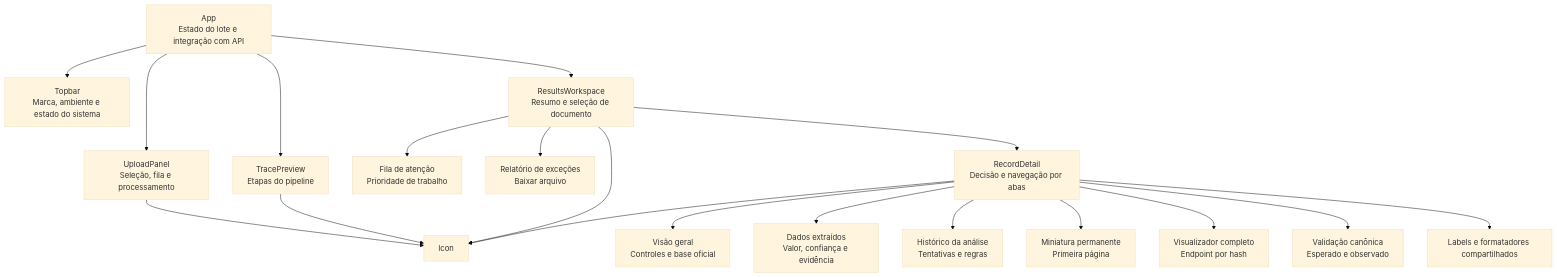
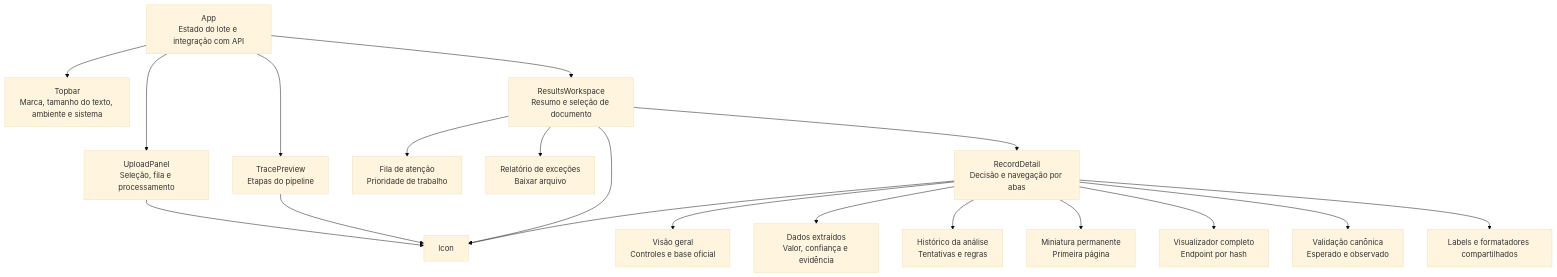
The diagram in f_docs/b_architecture/frontend-design.md (GMiraaa/fintrace), drawn with Mermaid (base theme) before and after one commit. The commit also changed other lines of this file and 33 other files, not shown here.

````diff
--- a/f_docs/b_architecture/frontend-design.md
+++ b/f_docs/b_architecture/frontend-design.md
@@ -50,22 +50,22 @@
 ```mermaid
 flowchart TD
     APP[App<br/>Estado do lote e integração com API]
-    APP --> TOP[Topbar<br/>Marca, ambiente e estado do sistema]
+    APP --> TOP[Topbar<br/>Marca, tamanho do texto, ambiente e sistema]
     APP --> UP[UploadPanel<br/>Seleção, fila e processamento]
     APP --> TRACE[TracePreview<br/>Etapas do pipeline]
     APP --> RESULTS[ResultsWorkspace<br/>Resumo e seleção de documento]
     RESULTS --> QUEUE[Fila de atenção<br/>Prioridade de trabalho]
     RESULTS --> REPORT[Relatório de exceções<br/>Baixar arquivo]
     RESULTS --> DETAIL[RecordDetail<br/>Decisão e navegação por abas]
     DETAIL --> OVERVIEW[Visão geral<br/>Controles e base oficial]
     DETAIL --> DATA[Dados extraídos<br/>Valor, confiança e evidência]
     DETAIL --> HISTORY[Histórico da análise<br/>Tentativas e regras]
     DETAIL --> PREVIEW[Miniatura permanente<br/>Primeira página]
     DETAIL --> PDF[Visualizador completo<br/>Endpoint por hash]
     DETAIL --> REF[Validação canônica<br/>Esperado e observado]
     UP --> ICON[Icon]
     TRACE --> ICON
     RESULTS --> ICON
     DETAIL --> ICON
     DETAIL --> CONST[Labels e formatadores compartilhados]
 ```
````
